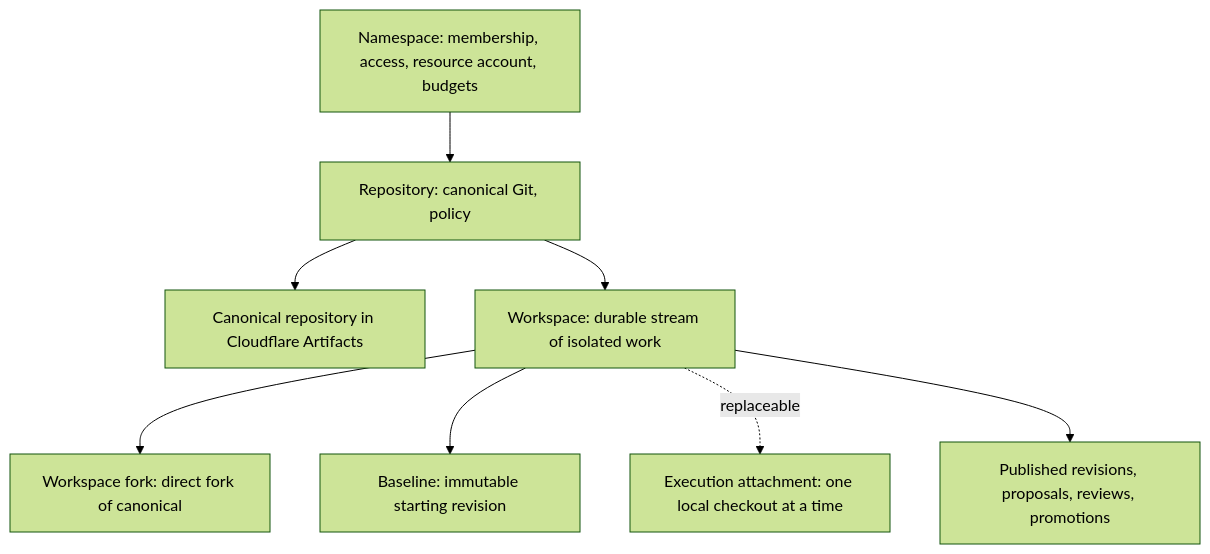
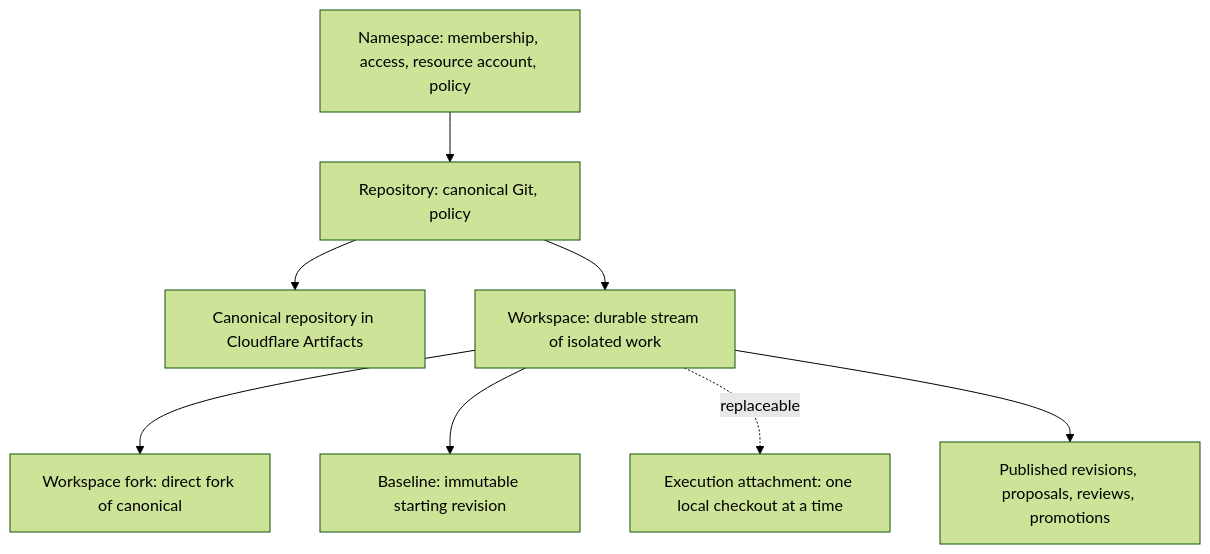
The first of 2 diagrams in docs/domain-model.md (acltabontabon/cruce), drawn with Mermaid (forest theme) before and after one commit. The commit also changed other lines of this file and 33 other files, not shown here.

````diff
--- a/docs/domain-model.md
+++ b/docs/domain-model.md
@@ -9,10 +9,10 @@
 ```mermaid
 flowchart TD
-    N[Namespace: membership, access, resource account, budgets] --> R[Repository: canonical Git, policy]
+    N[Namespace: membership, access, resource account, policy] --> R[Repository: canonical Git, policy]
     R --> C[Canonical repository in Cloudflare Artifacts]
     R --> W[Workspace: durable stream of isolated work]
     W --> F[Workspace fork: direct fork of canonical]
     W --> B[Baseline: immutable starting revision]
     W -.->|replaceable| E[Execution attachment: one local checkout at a time]
     W --> P[Published revisions, proposals, reviews, promotions]
 ```
````
